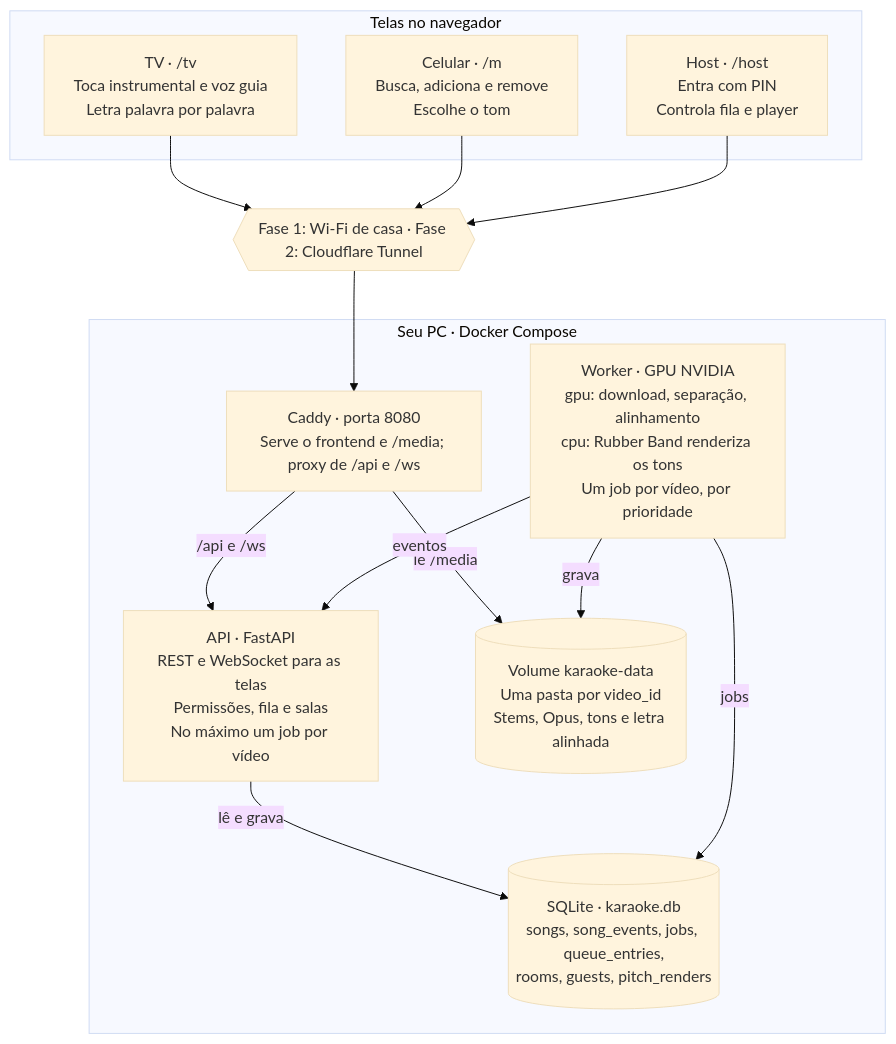
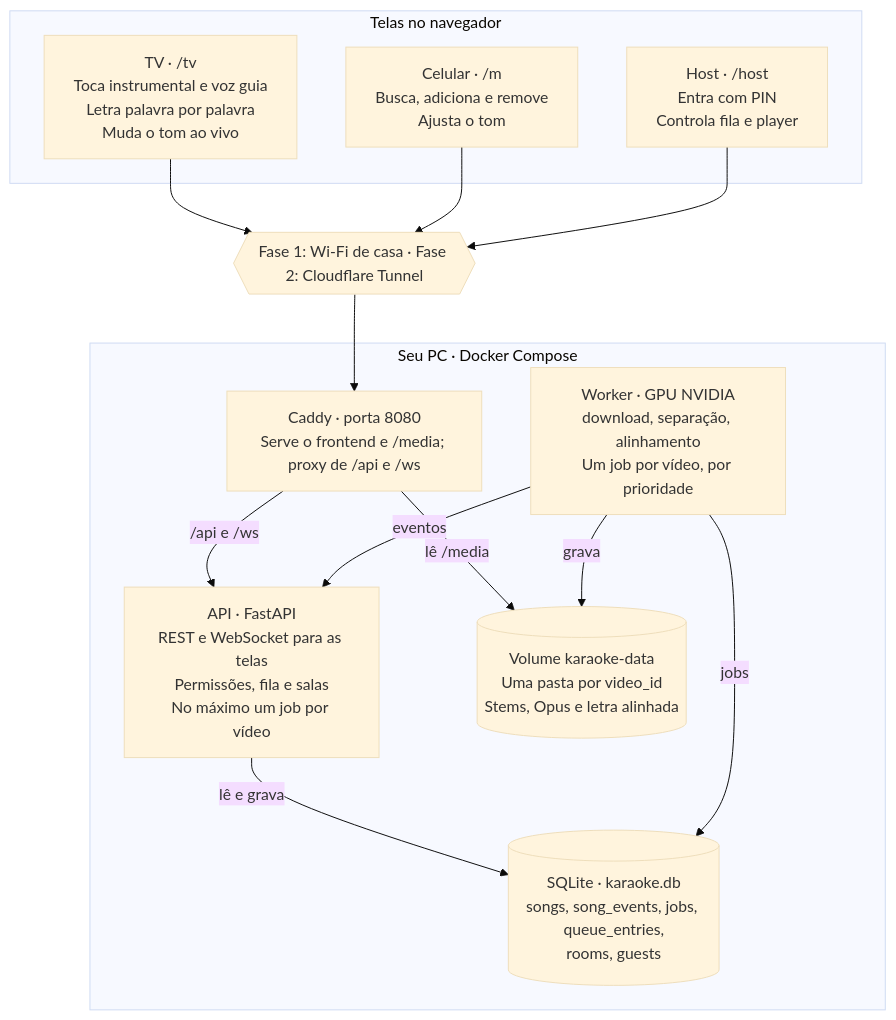
Before and after one commit to raphmello/karaoke-app: the first of 2 diagrams in docs/ARCHITECTURE.md, drawn with Mermaid (base theme). The commit also changed other lines of this file and 5 other files, not shown here.

````diff
--- a/docs/ARCHITECTURE.md
+++ b/docs/ARCHITECTURE.md
@@ -80,26 +81,26 @@
 ```mermaid
 flowchart TB
     subgraph Telas["Telas no navegador"]
-        TV["TV · /tv<br/>Toca instrumental e voz guia<br/>Letra palavra por palavra"]
-        CEL["Celular · /m<br/>Busca, adiciona e remove<br/>Escolhe o tom"]
+        TV["TV · /tv<br/>Toca instrumental e voz guia<br/>Letra palavra por palavra<br/>Muda o tom ao vivo"]
+        CEL["Celular · /m<br/>Busca, adiciona e remove<br/>Ajusta o tom"]
         HOST["Host · /host<br/>Entra com PIN<br/>Controla fila e player"]
     end
     REDE{{"Fase 1: Wi-Fi de casa · Fase 2: Cloudflare Tunnel"}}
     subgraph PC["Seu PC · Docker Compose"]
         CADDY["Caddy · porta 8080<br/>Serve o frontend e /media; proxy de /api e /ws"]
         API["API · FastAPI<br/>REST e WebSocket para as telas<br/>Permissões, fila e salas<br/>No máximo um job por vídeo"]
-        WORKER["Worker · GPU NVIDIA<br/>gpu: download, separação, alinhamento<br/>cpu: Rubber Band renderiza os tons<br/>Um job por vídeo, por prioridade"]
-        DB[("SQLite · karaoke.db<br/>songs, song_events, jobs, queue_entries,<br/>rooms, guests, pitch_renders")]
-        VOL[("Volume karaoke-data<br/>Uma pasta por video_id<br/>Stems, Opus, tons e letra alinhada")]
+        WORKER["Worker · GPU NVIDIA<br/>download, separação, alinhamento<br/>Um job por vídeo, por prioridade"]
+        DB[("SQLite · karaoke.db<br/>songs, song_events, jobs, queue_entries,<br/>rooms, guests")]
+        VOL[("Volume karaoke-data<br/>Uma pasta por video_id<br/>Stems, Opus e letra alinhada")]
     end
     TV --> REDE
     CEL --> REDE
     HOST --> REDE
     REDE --> CADDY
     CADDY -- "/api e /ws" --> API
     CADDY -- "lê /media" --> VOL
     API -- "lê e grava" --> DB
     WORKER -- "jobs" --> DB
     WORKER -- "eventos" --> API
     WORKER -- "grava" --> VOL
 ```
````
